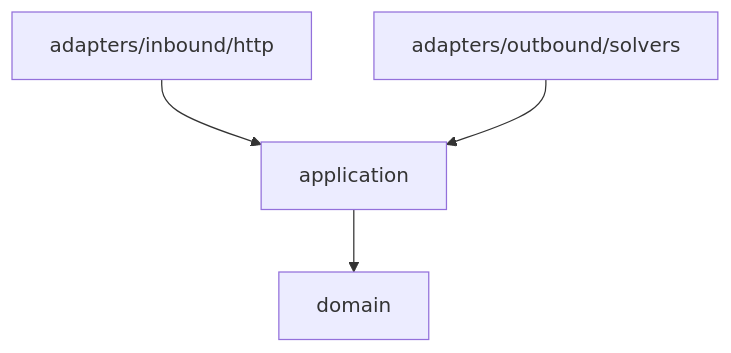
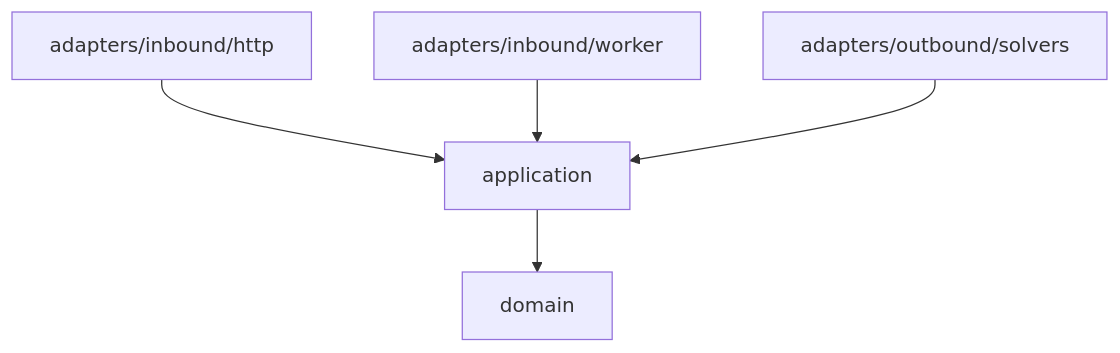
One commit to NaimElijah/DispatchFlow changed the second of 2 diagrams in docs/architecture/code-structure.md. Above: the diagram before and after it, drawn with Mermaid. The commit also changed other lines of this file and 9 other files, not shown here.

````diff
--- a/docs/architecture/code-structure.md
+++ b/docs/architecture/code-structure.md
@@ -313,6 +320,7 @@
 ```mermaid
 flowchart TD
     http["adapters/inbound/http"] --> application["application"]
+    worker["adapters/inbound/worker"] --> application
     solvers["adapters/outbound/solvers"] --> application
     application --> domain["domain"]
 ```
````
